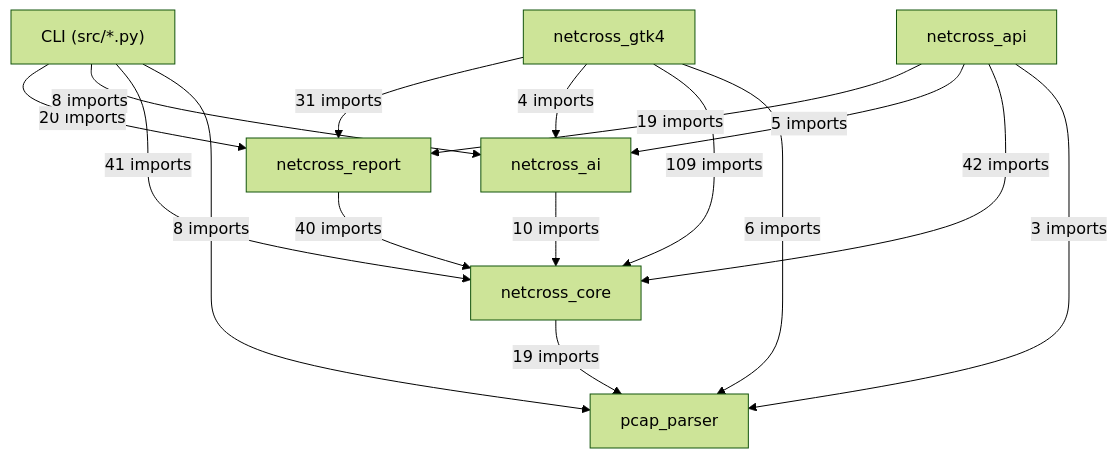
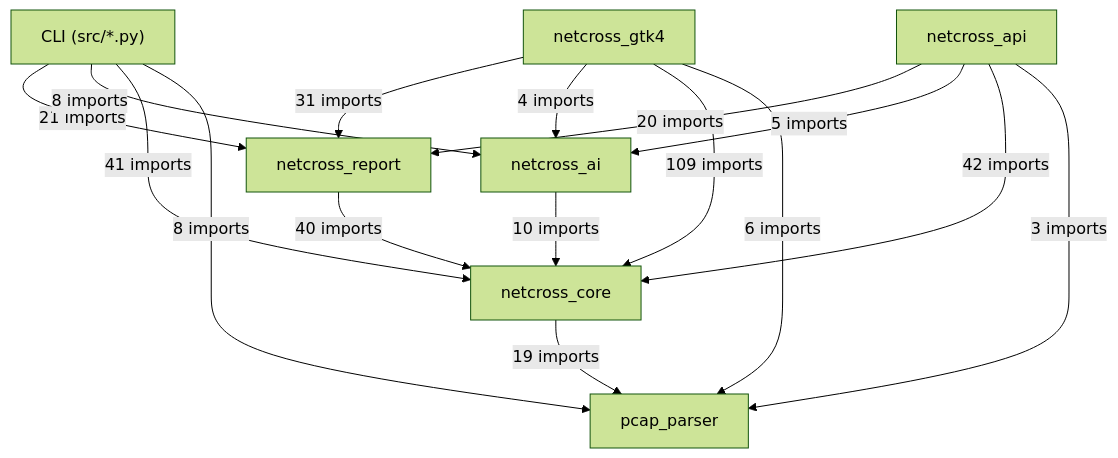
Before and after one commit to Mathide-Team/Netcross: the first of 20 diagrams in docs/class-diagram.md, drawn with Mermaid (forest theme). The commit also changed other lines of this file and 8 other files, not shown here.

First line of the commit message:
feat(#909): cartographie des communications en CLI et dans l'API

````diff
--- a/docs/class-diagram.md
+++ b/docs/class-diagram.md
@@ -26,25 +26,25 @@
 ```mermaid
 flowchart TD
     CLI["CLI (src/*.py)"]
     netcross_gtk4["netcross_gtk4"]
     netcross_api["netcross_api"]
     netcross_report["netcross_report"]
     netcross_ai["netcross_ai"]
     netcross_core["netcross_core"]
     pcap_parser["pcap_parser"]
-    CLI -->|"20 imports"| netcross_report
+    CLI -->|"21 imports"| netcross_report
     CLI -->|"8 imports"| netcross_ai
     CLI -->|"41 imports"| netcross_core
     CLI -->|"8 imports"| pcap_parser
     netcross_gtk4 -->|"31 imports"| netcross_report
     netcross_gtk4 -->|"4 imports"| netcross_ai
     netcross_gtk4 -->|"109 imports"| netcross_core
     netcross_gtk4 -->|"6 imports"| pcap_parser
-    netcross_api -->|"19 imports"| netcross_report
+    netcross_api -->|"20 imports"| netcross_report
     netcross_api -->|"5 imports"| netcross_ai
     netcross_api -->|"42 imports"| netcross_core
     netcross_api -->|"3 imports"| pcap_parser
     netcross_report -->|"40 imports"| netcross_core
     netcross_ai -->|"10 imports"| netcross_core
     netcross_core -->|"19 imports"| pcap_parser
 ```
````
